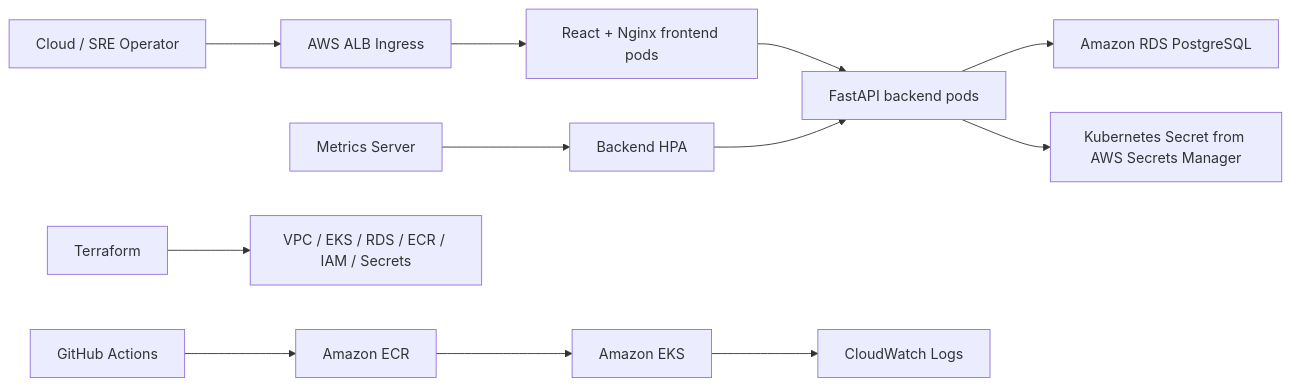
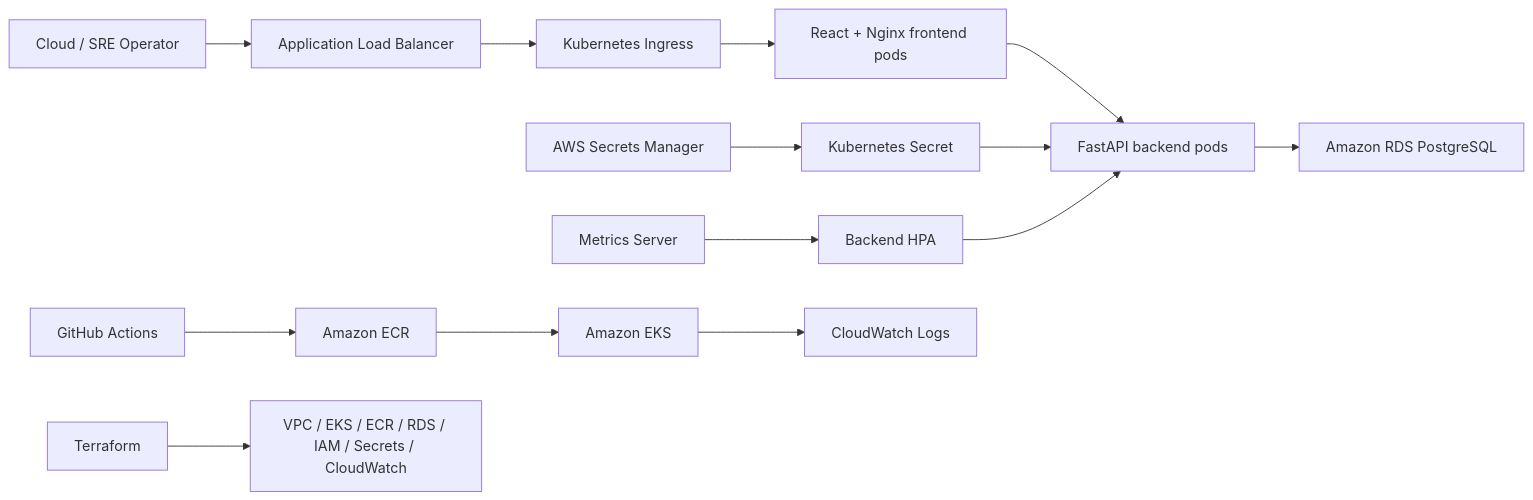
One commit to krishna310301/cloudops-sre-platform changed the diagram in README.md. Above: the diagram before and after it, drawn with Mermaid. The commit also changed other lines of this file and 21 other files, not shown here.

````diff
--- a/README.md
+++ b/README.md
@@ -62,15 +40,17 @@
 ```mermaid
 flowchart LR
-    operator["Cloud / SRE Operator"] --> alb["AWS ALB Ingress"]
-    alb --> frontend["React + Nginx frontend pods"]
+    user["Cloud / SRE Operator"] --> alb["Application Load Balancer"]
+    alb --> ingress["Kubernetes Ingress"]
+    ingress --> frontend["React + Nginx frontend pods"]
     frontend --> backend["FastAPI backend pods"]
     backend --> rds["Amazon RDS PostgreSQL"]
-    backend --> secret["Kubernetes Secret from AWS Secrets Manager"]
+    secrets["AWS Secrets Manager"] --> k8ssecret["Kubernetes Secret"]
+    k8ssecret --> backend
 
     gha["GitHub Actions"] --> ecr["Amazon ECR"]
     ecr --> eks["Amazon EKS"]
-    tf["Terraform"] --> aws["VPC / EKS / RDS / ECR / IAM / Secrets"]
-    eks --> cw["CloudWatch Logs"]
+    terraform["Terraform"] --> aws["VPC / EKS / ECR / RDS / IAM / Secrets / CloudWatch"]
     metrics["Metrics Server"] --> hpa["Backend HPA"]
     hpa --> backend
+    eks --> cw["CloudWatch Logs"]
 ```
````
